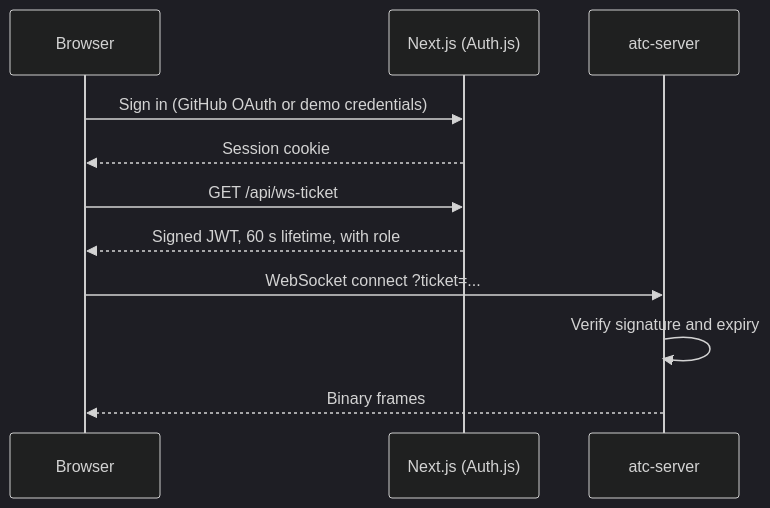
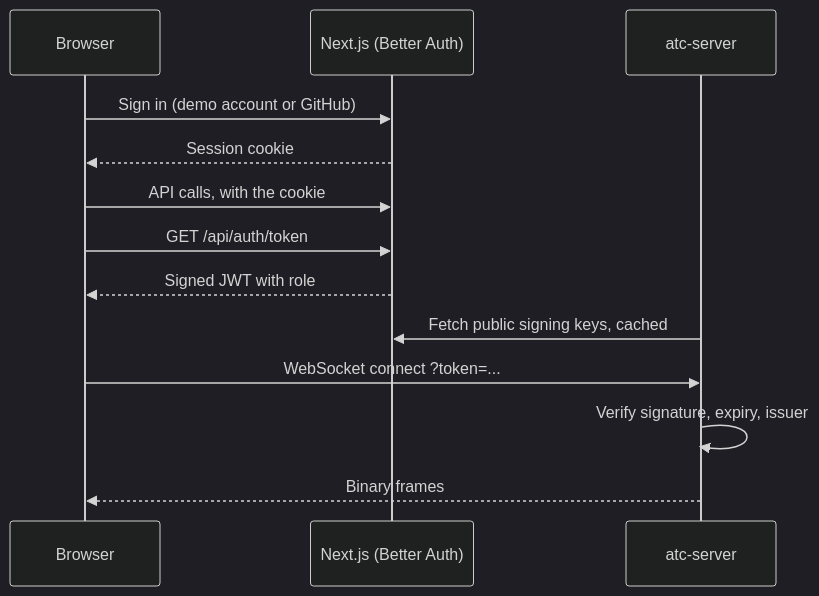
Before and after one commit to ghoti143/atcdemo: the third of 3 diagrams in docs/DESIGN.md, drawn with Mermaid (dark theme). The commit also changed other lines of this file and 1 other file, not shown here.

````diff
--- a/docs/DESIGN.md
+++ b/docs/DESIGN.md
@@ -201,13 +349,15 @@
 ```mermaid
 sequenceDiagram
   participant B as Browser
-  participant N as Next.js (Auth.js)
+  participant N as Next.js (Better Auth)
   participant S as atc-server
-  B->>N: Sign in (GitHub OAuth or demo credentials)
+  B->>N: Sign in (demo account or GitHub)
   N-->>B: Session cookie
-  B->>N: GET /api/ws-ticket
-  N-->>B: Signed JWT, 60 s lifetime, with role
-  B->>S: WebSocket connect ?ticket=...
-  S->>S: Verify signature and expiry
+  B->>N: API calls, with the cookie
+  B->>N: GET /api/auth/token
+  N-->>B: Signed JWT with role
+  S->>N: Fetch public signing keys, cached
+  B->>S: WebSocket connect ?token=...
+  S->>S: Verify signature, expiry, issuer
   S-->>B: Binary frames
 ```
````
